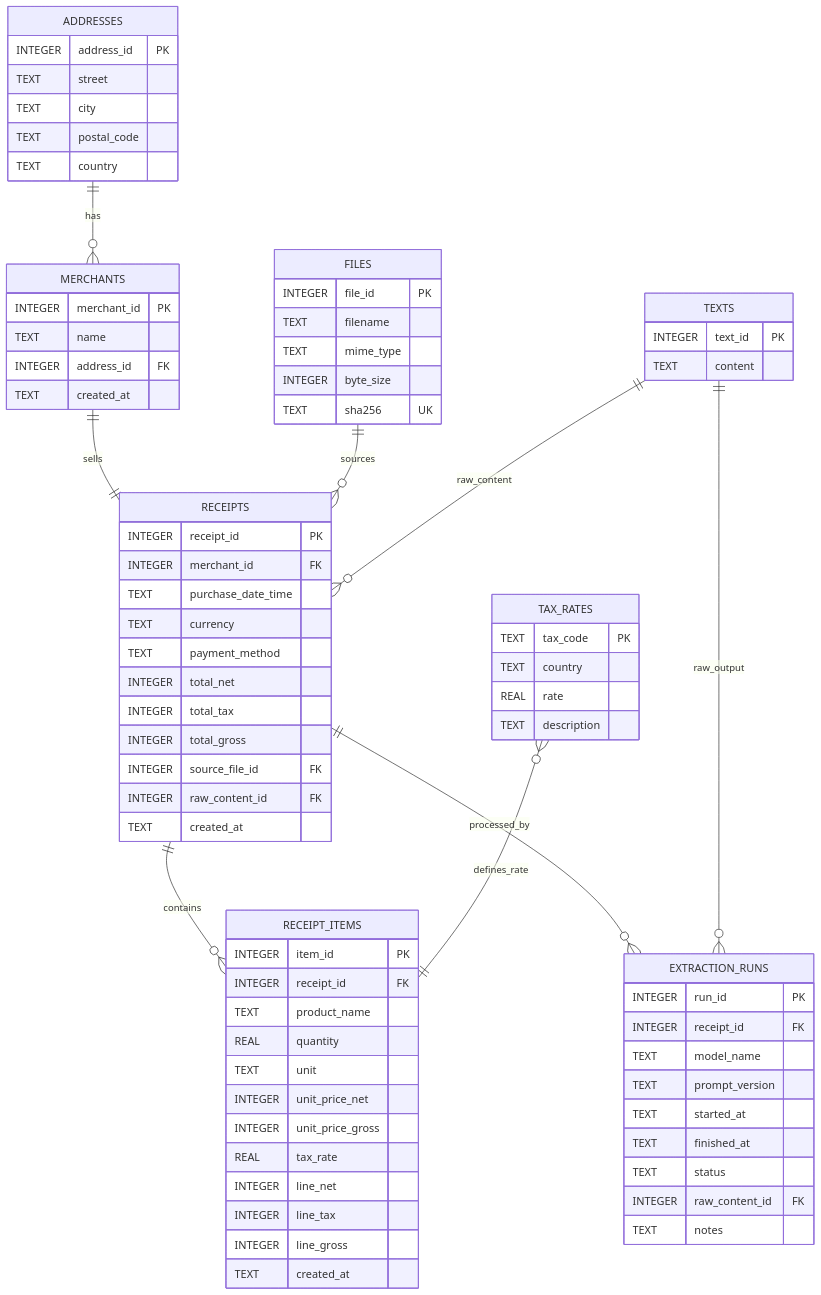
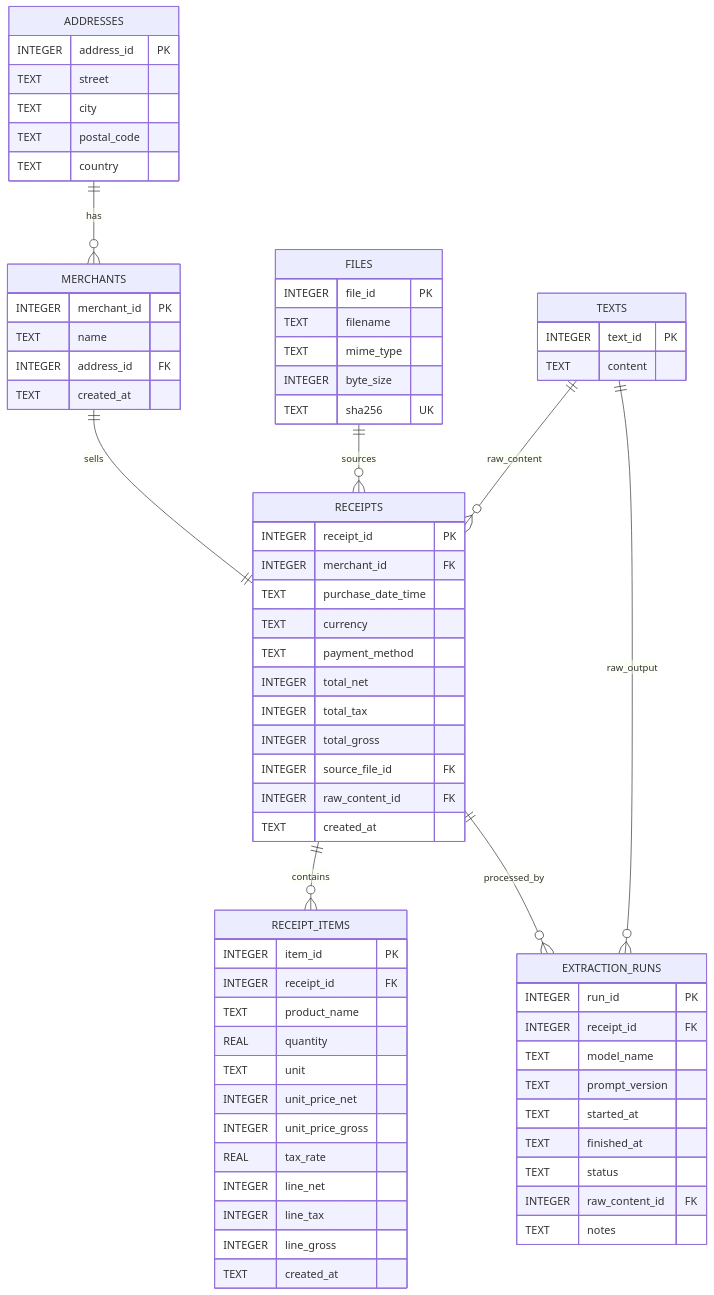
One commit to Nicolas2912/paperless-receipt-automation changed the diagram in product-database-plan.md. Above: the diagram before and after it, drawn with Mermaid. The commit also changed other lines of this file, not shown here.

Commit message:
remove: tax_rates tables

````diff
--- a/product-database-plan.md
+++ b/product-database-plan.md
@@ -189,13 +181,6 @@
         INTEGER raw_content_id FK
         TEXT notes
     }
-    
-    TAX_RATES {
-        TEXT tax_code PK
-        TEXT country
-        REAL rate
-        TEXT description
-    }
 
     %% Relationships
     ADDRESSES ||--o{ MERCHANTS : "has"
@@ -205,5 +190,4 @@
     FILES ||--o{ RECEIPTS : "sources"
     TEXTS ||--o{ RECEIPTS : "raw_content"
     TEXTS ||--o{ EXTRACTION_RUNS : "raw_output"
-    TAX_RATES }o--|| RECEIPT_ITEMS : "defines_rate" 
 ```
````
